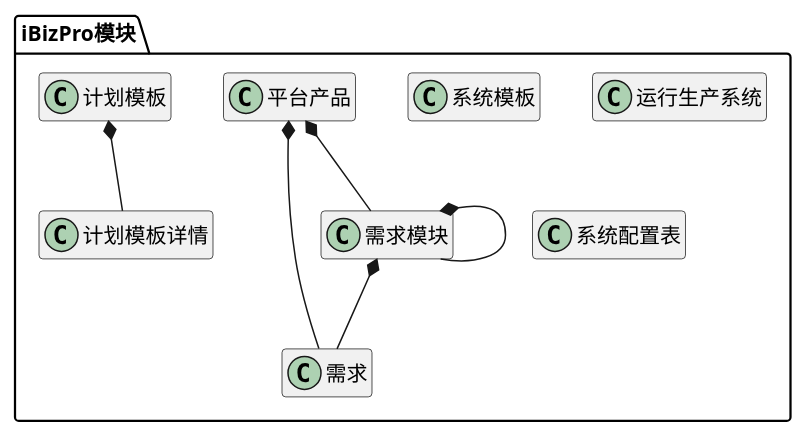
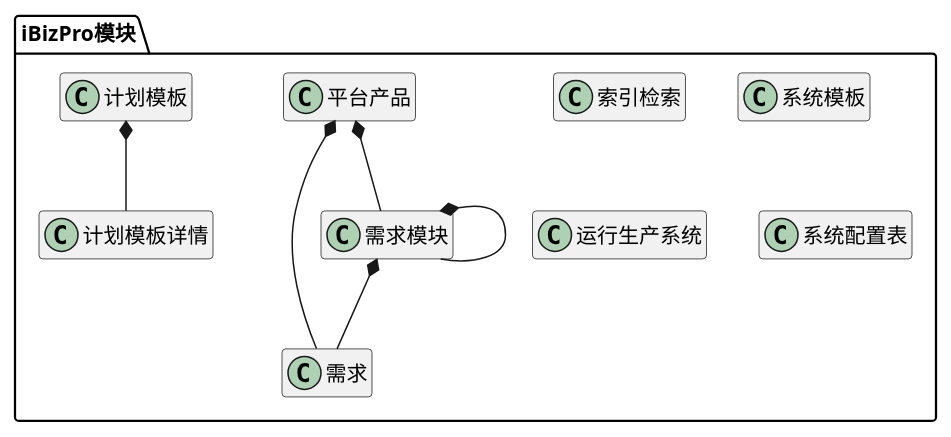
Before and after one commit to zj335841911/nt_chandao: the diagram in ibizpms-docs/src/main/doc/v1/module/ibizpro.md, drawn with PlantUML. The commit also changed other lines of this file and 31 other files, not shown here.

```diff
--- a/ibizpms-docs/src/main/doc/v1/module/ibizpro.md
+++ b/ibizpms-docs/src/main/doc/v1/module/ibizpro.md
@@ -6,50 +6,53 @@
 {% plantuml %}
 
 package iBizPro模块 {
+
+class 索引检索 {
+}
 
 class 平台产品 {
 }
 
 class 需求 {
 }
 
 class 需求模块 {
 }
 
 class 系统模板 {
 }
 
 class 运行生产系统 {
 }
 
 class 计划模板 {
 }
 
 class 计划模板详情 {
 }
 
 class 系统配置表 {
 }
 
 
 平台产品 *-- 需求模块 
 
 
 需求模块 *-- 需求模块 
 
 
 平台产品 *-- 需求 
 
 
 需求模块 *-- 需求 
 
 
 计划模板 *-- 计划模板详情 
 
 
 
 }
 
 hide members
 
 {% endplantuml %}
```
